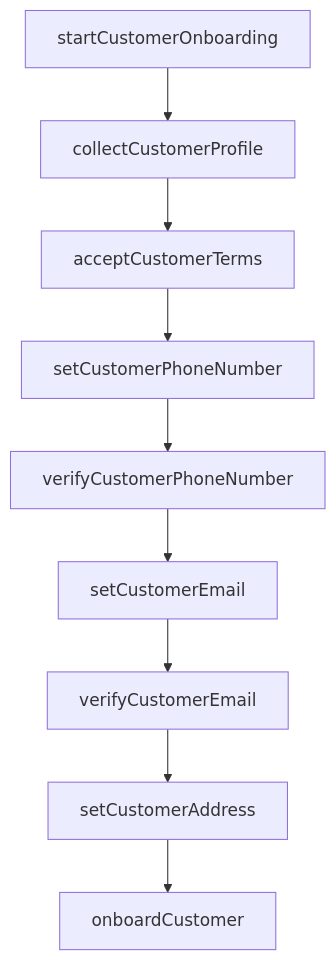
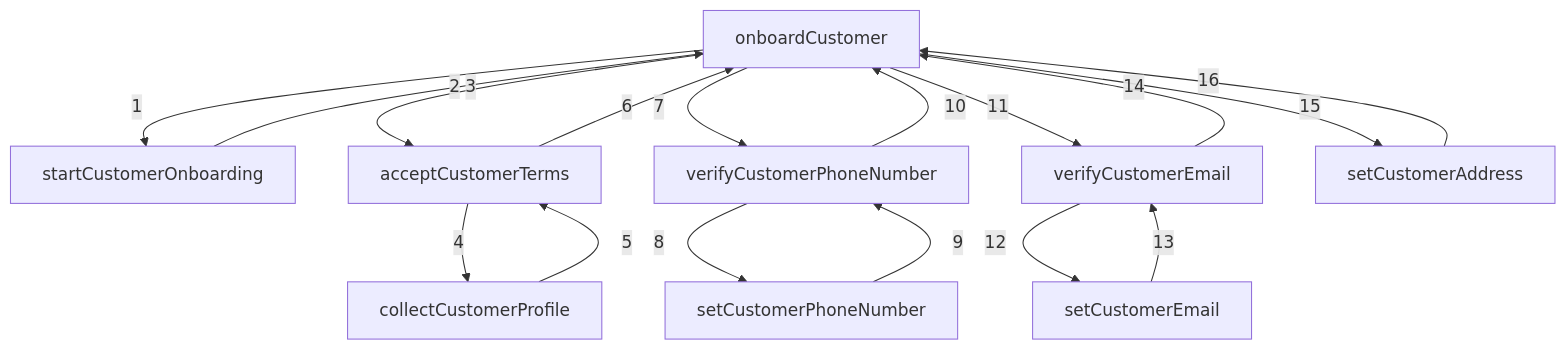
The diagram in grail-demo-09-random-conditions/random-traces-mermaid/trace-03.mmd (mamund/grail-public), drawn with Mermaid before and after one commit. The commit also changed 3 other files, not shown here.

Commit message:
update mermaid diagram

```diff
--- a/grail-demo-09-random-conditions/random-traces-mermaid/trace-03.mmd
+++ b/grail-demo-09-random-conditions/random-traces-mermaid/trace-03.mmd
@@ -1,12 +1,32 @@
 flowchart TD
-    A[startCustomerOnboarding]
-    B[collectCustomerProfile]
-    C[acceptCustomerTerms]
-    D[setCustomerPhoneNumber]
-    E[verifyCustomerPhoneNumber]
-    F[setCustomerEmail]
-    G[verifyCustomerEmail]
-    H[setCustomerAddress]
-    I[onboardCustomer]
 
-    A --> B --> C --> D --> E --> F --> G --> H --> I
+    OC[onboardCustomer]
+    SO[startCustomerOnboarding]
+    AT[acceptCustomerTerms]
+    CP[collectCustomerProfile]
+    VP[verifyCustomerPhoneNumber]
+    SP[setCustomerPhoneNumber]
+    VE[verifyCustomerEmail]
+    SE[setCustomerEmail]
+    SA[setCustomerAddress]
+
+    OC -->|1| SO
+    SO -->|2| OC
+
+    OC -->|3| AT
+    AT -->|4| CP
+    CP -->|5| AT
+    AT -->|6| OC
+
+    OC -->|7| VP
+    VP -->|8| SP
+    SP -->|9| VP
+    VP -->|10| OC
+
+    OC -->|11| VE
+    VE -->|12| SE
+    SE -->|13| VE
+    VE -->|14| OC
+
+    OC -->|15| SA
+    SA -->|16| OC
```
